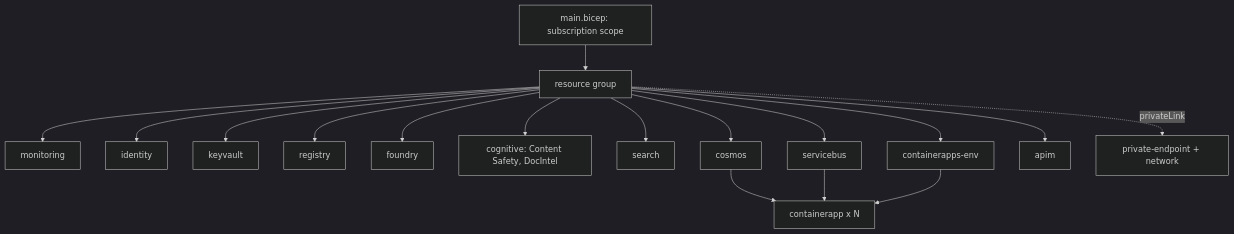
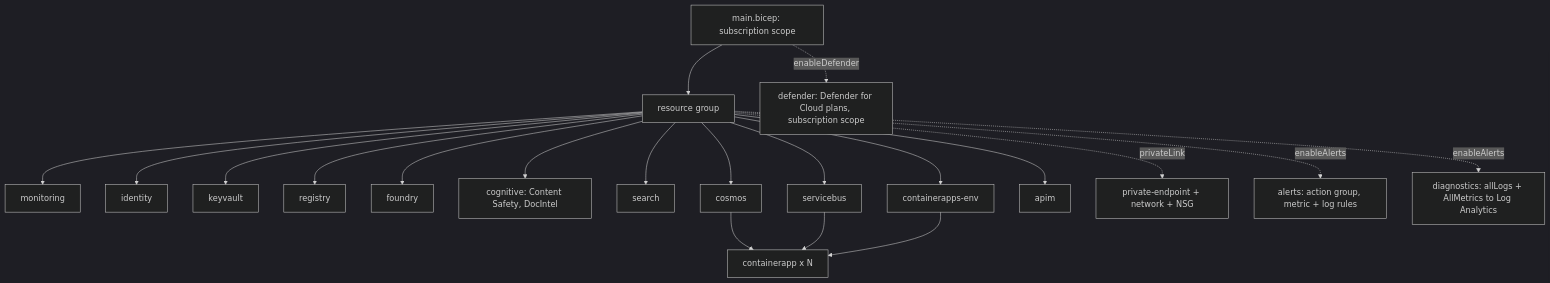
Before and after one commit to jagadishmazure-jpg/Jagadish-azure-agent-platform: the diagram in docs/components/infrastructure.md, drawn with Mermaid (dark theme). The commit also changed other lines of this file and 35 other files, not shown here.

Commit message:
IaC: Azure Monitor alert rules and diagnostic settings, opt-in Defender for Cloud plans, NSG parity in Bicep; parity tests and docs (116 tests); not deployed

````diff
--- a/docs/components/infrastructure.md
+++ b/docs/components/infrastructure.md
@@ -13,9 +13,11 @@
 ```mermaid
 flowchart TB
     M[main.bicep: subscription scope] --> RG[resource group]
     RG --> MON[monitoring] & ID[identity] & KV[keyvault] & ACR[registry]
     RG --> FO[foundry] & COG[cognitive: Content Safety, DocIntel] & SR[search]
     RG --> CO[cosmos] & SB[servicebus] & CAE[containerapps-env] --> CA[containerapp x N]
     RG --> APIM[apim]
-    RG -. privateLink .-> PE[private-endpoint + network]
+    RG -. privateLink .-> PE[private-endpoint + network + NSG]
+    RG -. enableAlerts .-> AL[alerts: action group, metric + log rules] & DG[diagnostics: allLogs + AllMetrics to Log Analytics]
+    M -. enableDefender .-> DF[defender: Defender for Cloud plans, subscription scope]
 ```
````
